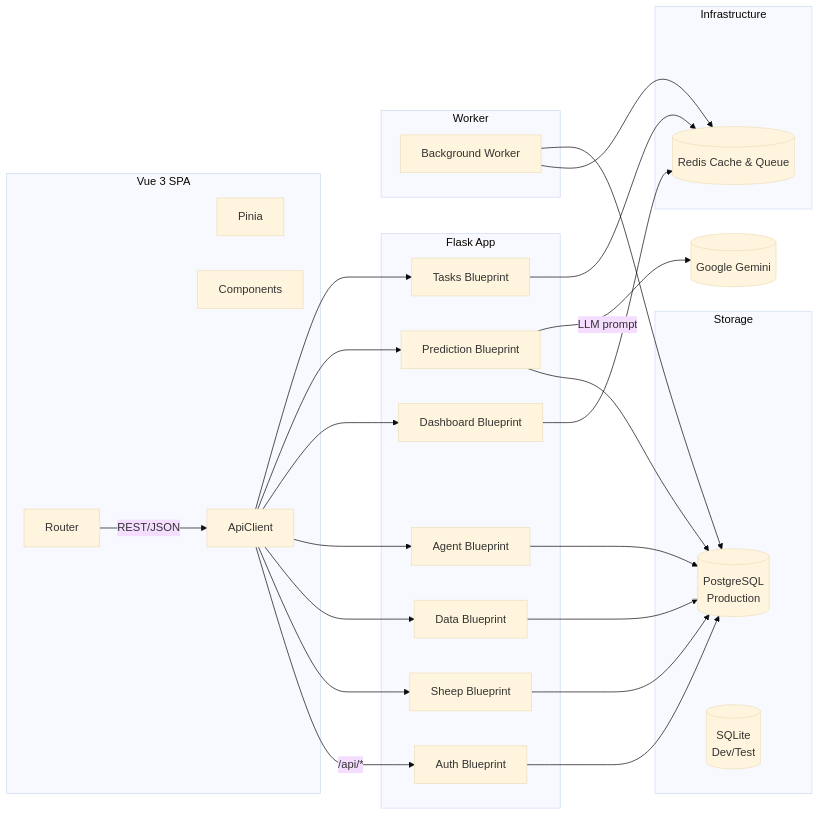
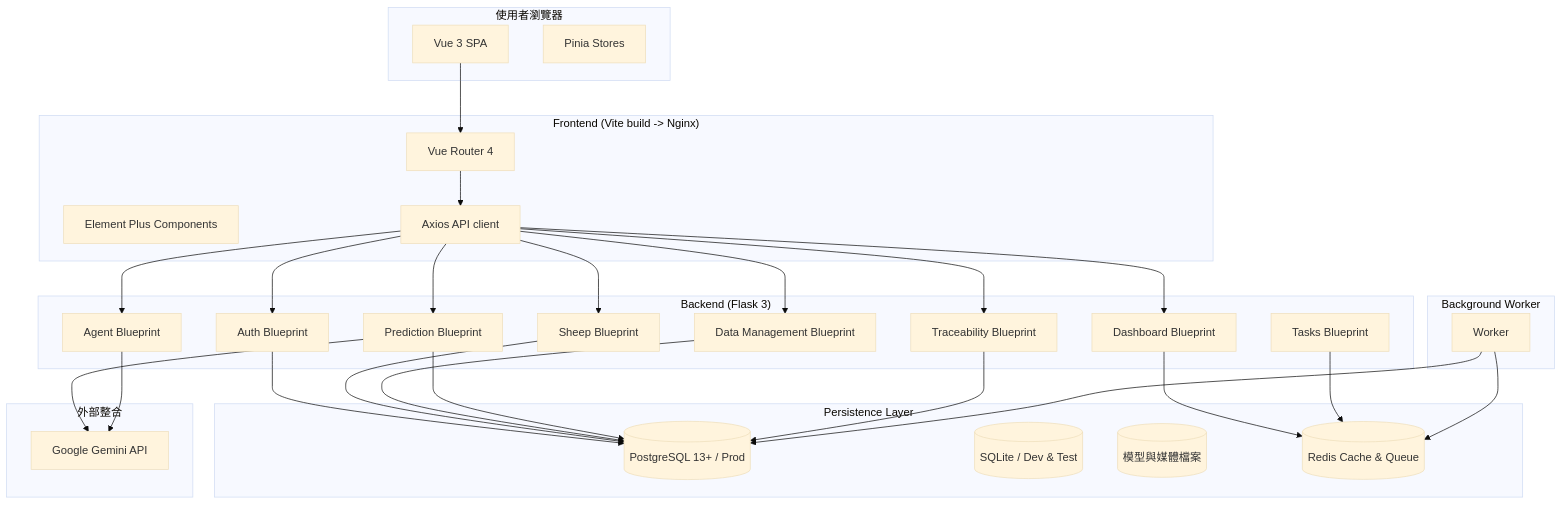
One commit to nj1i6t6/Dr.Goat-AI-Agent changed the diagram in README.md. Above: the diagram before and after it, drawn with Mermaid (base theme). The commit also changed other lines of this file and 11 other files, not shown here.

````diff
--- a/README.md
+++ b/README.md
@@ -40,54 +42,61 @@
 ```mermaid
-graph LR
-    subgraph Frontend [Vue 3 SPA]
-        Router
-        Pinia
-        Components
-        ApiClient
-    end
+graph TB
+  subgraph Client["使用者瀏覽器"]
+    UI[Vue 3 SPA]
+    Pinia[Pinia Stores]
+  end
 
-    subgraph Backend [Flask App]
-        Auth[Auth Blueprint]
-        Sheep[Sheep Blueprint]
-        Data[Data Blueprint]
-        Agent[Agent Blueprint]
-        Dashboard[Dashboard Blueprint]
-        Prediction[Prediction Blueprint]
-        Tasks[Tasks Blueprint]
-    end
+  subgraph Frontend["Frontend (Vite build -> Nginx)"]
+    Router[Vue Router 4]
+    Components[Element Plus Components]
+    ApiClient[Axios API client]
+  end
 
-    subgraph Storage
-        Postgres[(PostgreSQL<br/>Production)]
-        SQLite[(SQLite<br/>Dev/Test)]
-    end
+  subgraph Backend["Backend (Flask 3)"]
+    Auth[Auth Blueprint]
+    Sheep[Sheep Blueprint]
+    Dashboard[Dashboard Blueprint]
+    Data[Data Management Blueprint]
+    Prediction[Prediction Blueprint]
+    Agent[Agent Blueprint]
+    Traceability[Traceability Blueprint]
+    Tasks[Tasks Blueprint]
+  end
 
-    subgraph Infrastructure
-        Redis[(Redis Cache & Queue)]
-    end
+  subgraph DataTier["Persistence Layer"]
+    Postgres[(PostgreSQL 13+ / Prod)]
+    SQLite[(SQLite / Dev & Test)]
+    Filesystem[(模型與媒體檔案)]
+    Redis[(Redis Cache & Queue)]
+  end
 
-    subgraph Worker
-        WorkerNode[Background Worker]
-    end
+  subgraph Worker["Background Worker"]
+    WorkerNode[Worker]
+  end
 
-    Router -->|REST/JSON| ApiClient
-    ApiClient -->|/api/*| Auth
-    ApiClient --> Sheep
-    ApiClient --> Data
-    ApiClient --> Agent
-    ApiClient --> Dashboard
-    ApiClient --> Prediction
-    ApiClient --> Tasks
+  subgraph External["外部整合"]
+    Gemini[Google Gemini API]
+  end
 
-    Sheep --> Postgres
-    Data --> Postgres
-    Dashboard --> Redis
-    Prediction --> Postgres
-    Auth --> Postgres
-    Agent --> Postgres
-    Tasks --> Redis
+  UI --> Router --> ApiClient --> Auth
+  ApiClient --> Sheep
+  ApiClient --> Dashboard
+  ApiClient --> Data
+  ApiClient --> Prediction
+  ApiClient --> Agent
+  ApiClient --> Traceability
 
-    WorkerNode --> Redis
-    WorkerNode --> Postgres
+  Auth --> Postgres
+  Sheep --> Postgres
+  Dashboard --> Redis
+  Data --> Postgres
+  Prediction --> Postgres
+  Traceability --> Postgres
+  Tasks --> Redis
 
-    Prediction -->|LLM prompt| Gemini[(Google Gemini)]
+  Prediction --> Gemini
+  Agent --> Gemini
+
+  WorkerNode --> Redis
+  WorkerNode --> Postgres
 ```
````
